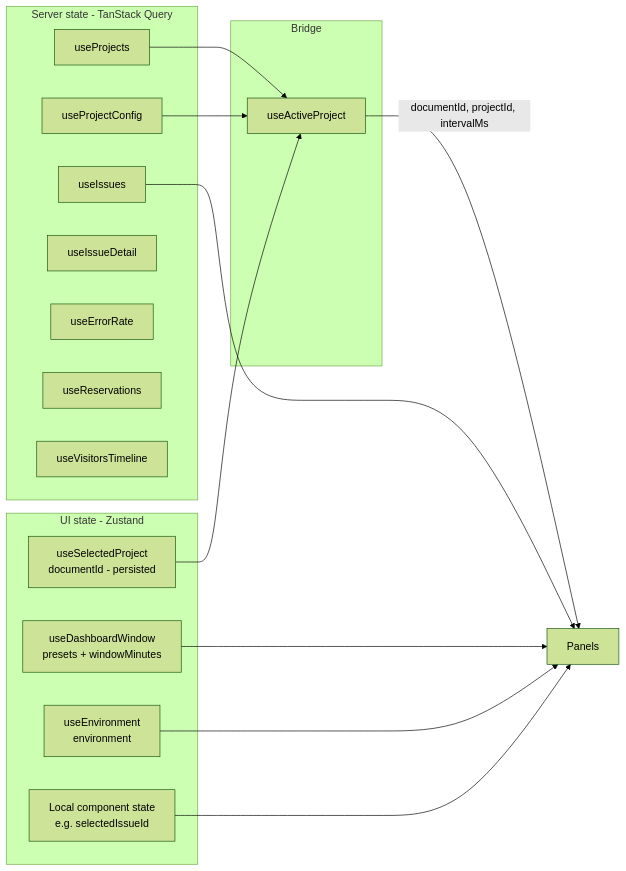
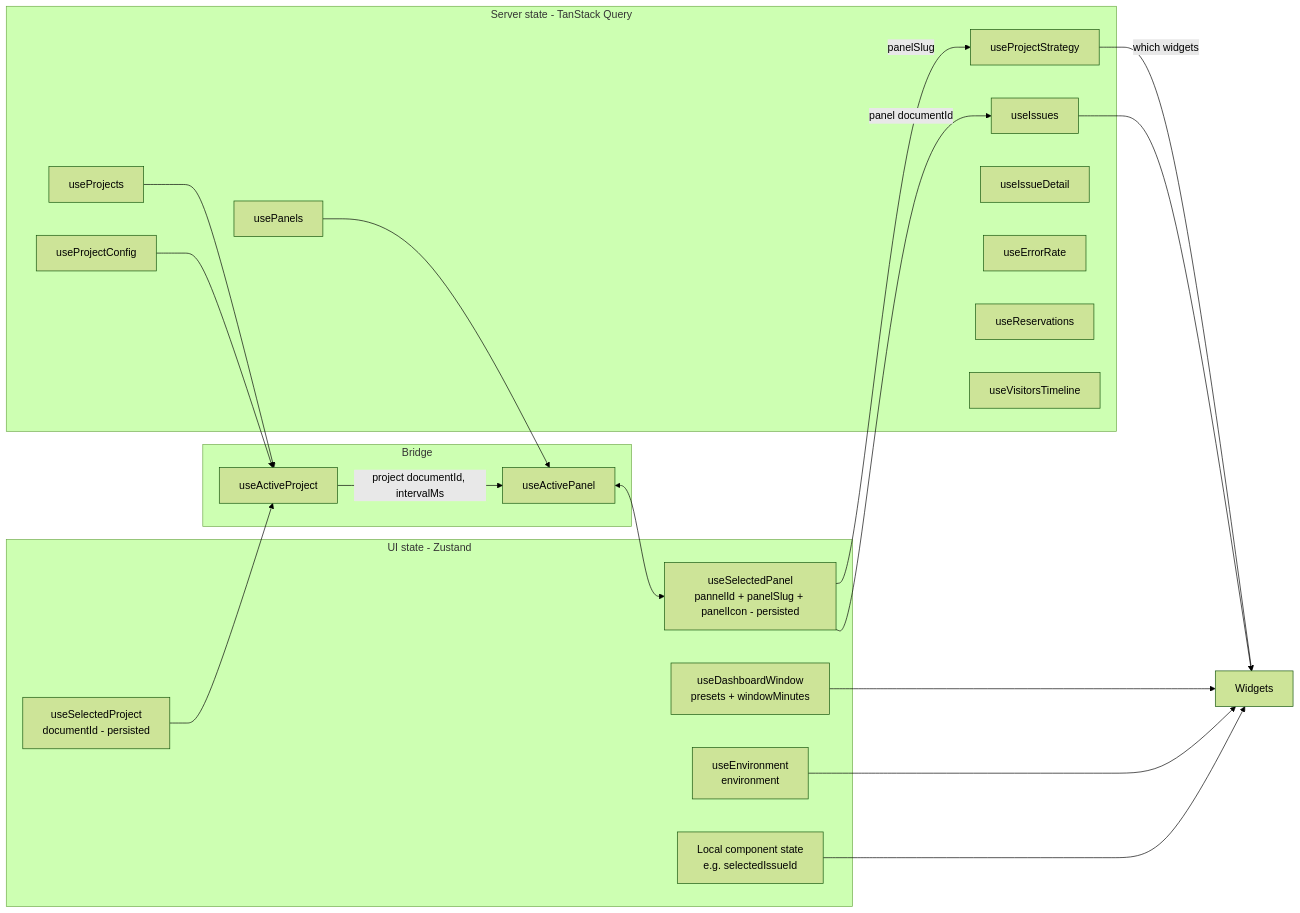
One commit to webteamuxco/dashboard-monitor changed the first of 2 diagrams in apps/docs-site/docs/state-management.md. Above: the diagram before and after it, drawn with Mermaid (forest theme). The commit also changed other lines of this file and 27 other files, not shown here.

````diff
--- a/apps/docs-site/docs/state-management.md
+++ b/apps/docs-site/docs/state-management.md
@@ -10,29 +15,38 @@
 ```mermaid
 flowchart LR
     subgraph Server[Server state - TanStack Query]
         Projects[useProjects]
         Config[useProjectConfig]
+        PanelsQ[usePanels]
+        Strat[useProjectStrategy]
         Issues[useIssues]
         Detail[useIssueDetail]
         Rate[useErrorRate]
         Resa[useReservations]
         Vis[useVisitorsTimeline]
     end
     subgraph UI[UI state - Zustand]
         Sel[useSelectedProject<br/>documentId - persisted]
+        SelP[useSelectedPanel<br/>pannelId + panelSlug + panelIcon - persisted]
         Win[useDashboardWindow<br/>presets + windowMinutes]
         Env[useEnvironment<br/>environment]
         Local[Local component state<br/>e.g. selectedIssueId]
     end
     subgraph Bridge[Bridge]
         Active[useActiveProject]
+        ActiveP[useActivePanel]
     end
     Sel --> Active
     Projects --> Active
     Config --> Active
-    Active -->|documentId, projectId, intervalMs| Panels[Panels]
-    Issues --> Panels
-    Win --> Panels
-    Env --> Panels
-    Local --> Panels
+    Active -->|project documentId, intervalMs| ActiveP
+    PanelsQ --> ActiveP
+    ActiveP <--> SelP
+    SelP -->|panelSlug| Strat
+    Strat -->|which widgets| Widgets[Widgets]
+    SelP -->|panel documentId| Issues
+    Issues --> Widgets
+    Win --> Widgets
+    Env --> Widgets
+    Local --> Widgets
 ```
````
